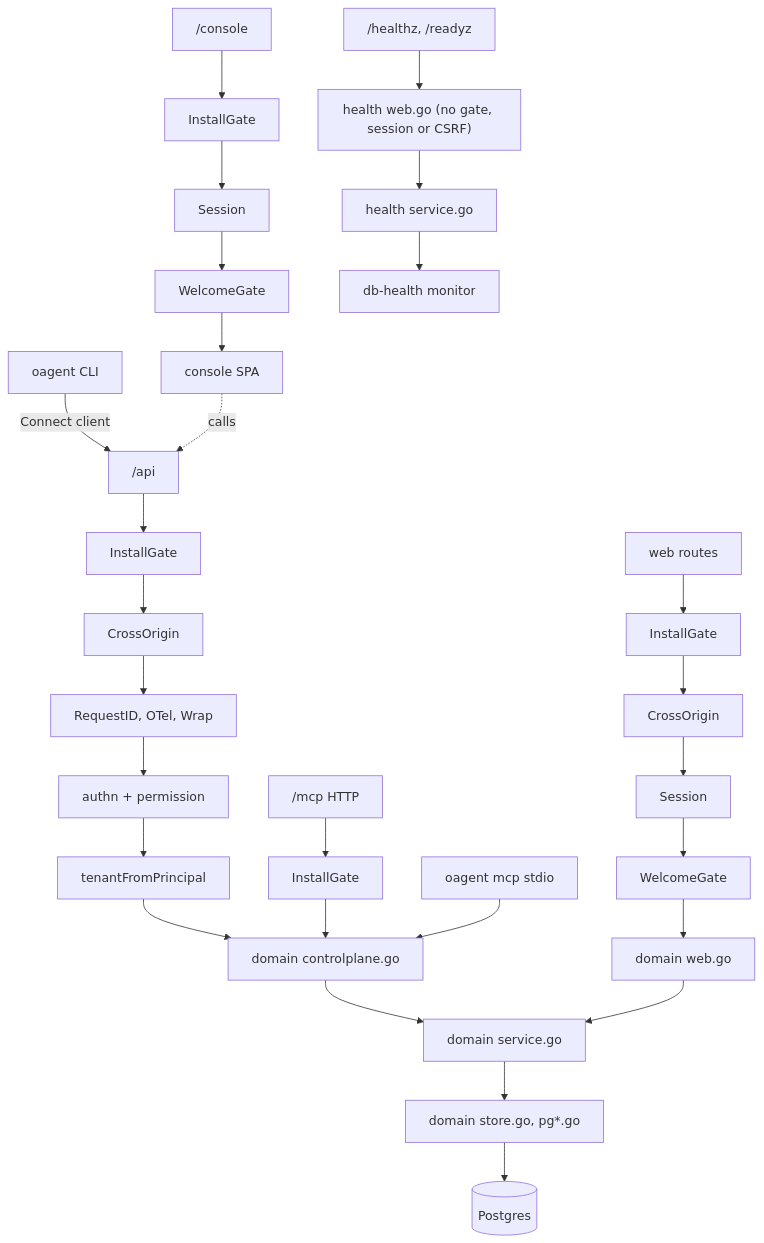
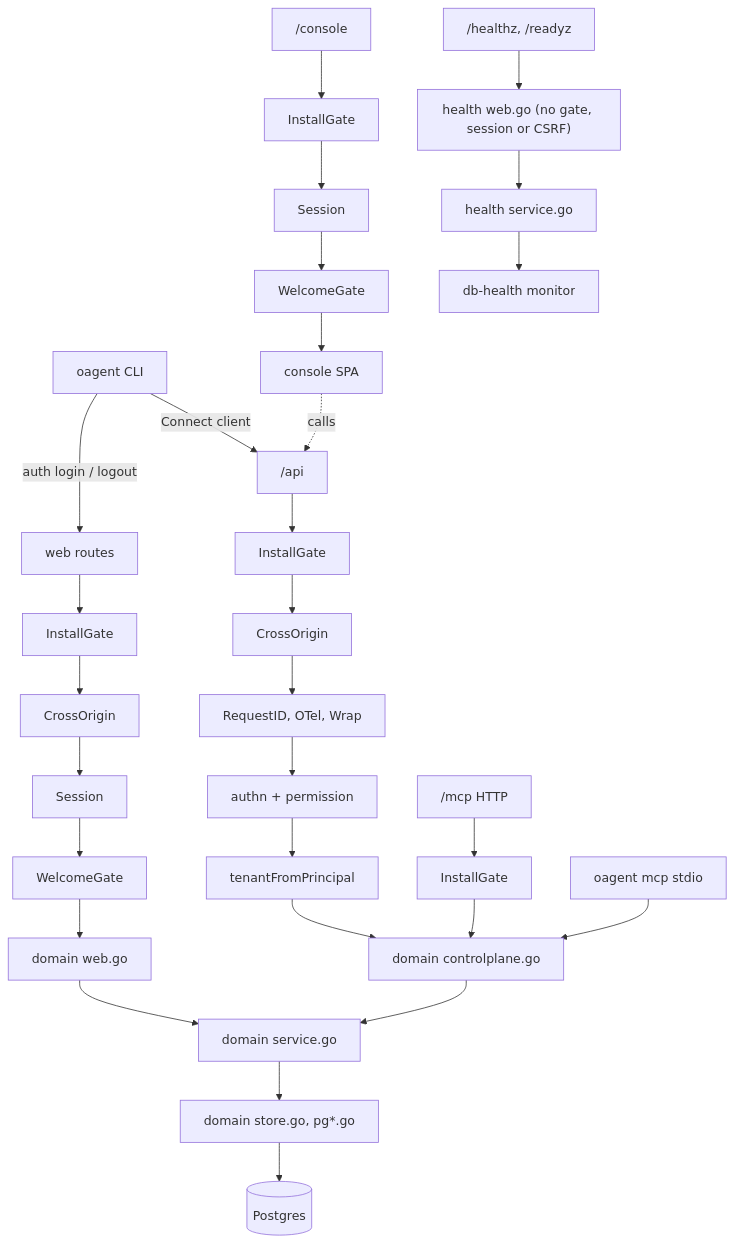
The second of 3 diagrams in internal/boot/README.md (altalune-id/oagent), drawn with Mermaid before and after one commit. The commit also changed other lines of this file and 31 other files, not shown here.

Commit message:
feat(cli): auth login, logout, whoami with profiles

````diff
--- a/internal/boot/README.md
+++ b/internal/boot/README.md
@@ -39,15 +40,16 @@
 ```mermaid
 flowchart TD
     CLI["oagent CLI"] -- Connect client --> API
+    CLI -- "auth login / logout" --> WEB
     API["/api"] --> G1[InstallGate] --> C1[CrossOrigin] --> I1["RequestID, OTel, Wrap"] --> I2["authn + permission"] --> I3[tenantFromPrincipal] --> DC
     WEB["web routes"] --> G2[InstallGate] --> C2[CrossOrigin] --> S2[Session] --> W2[WelcomeGate] --> DW
     CON["/console"] --> G3[InstallGate] --> S3[Session] --> W3[WelcomeGate] --> SPA[console SPA]
     SPA -. calls .-> API
     MCPH["/mcp HTTP"] --> G4[InstallGate] --> DC
     MCPS["oagent mcp stdio"] --> DC
     LB["/healthz, /readyz"] --> HW["health web.go (no gate, session or CSRF)"] --> HS["health service.go"] --> DBH["db-health monitor"]
 
     DC["domain controlplane.go"] --> SVC["domain service.go"]
     DW["domain web.go"] --> SVC
     SVC --> ST["domain store.go, pg*.go"] --> PG[(Postgres)]
 ```
````
